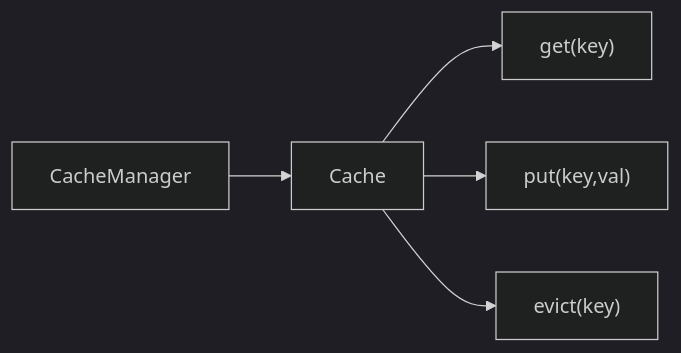
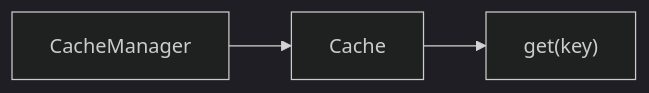
One commit to yjkim2015/yjkim2015.github.io changed the first of 2 diagrams in _posts/localcache/2026-05-01-local-cache-comparison.md. Above: the diagram before and after it, drawn with Mermaid (dark theme). The commit also changed other lines of this file and 132 other files, not shown here.

First line of the commit message:
Mermaid 다이어그램 가독성 정리: 단순 제거, 노드 축소, TD→LR 변환

````diff
--- a/_posts/localcache/2026-05-01-local-cache-comparison.md
+++ b/_posts/localcache/2026-05-01-local-cache-comparison.md
@@ -41,7 +37,5 @@
 ```mermaid
 graph LR
     CM["CacheManager"] --> C["Cache"]
     C --> CG["get(key)"]
-    C --> CP["put(key,val)"]
-    C --> CE["evict(key)"]
 ```
````
